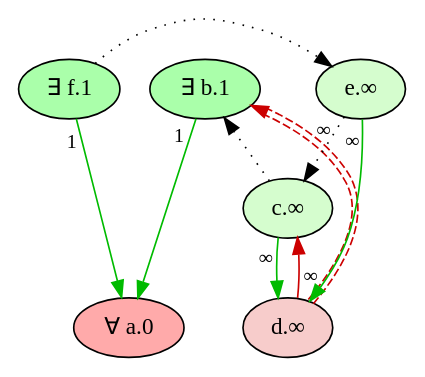
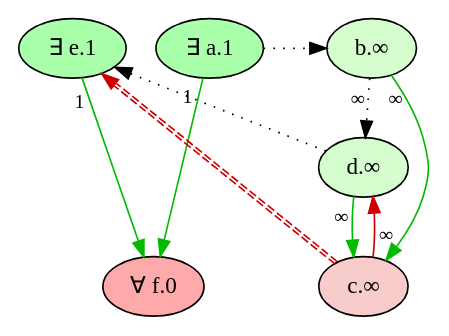
The diagram in Refactor/imgs/wm_graph_sb/unfactored_game_pw_2.dot (idaks/Games-and-Argumentation), drawn with Graphviz before and after one commit. The commit also changed 85 other files, not shown here.

```diff
--- a/Refactor/imgs/wm_graph_sb/unfactored_game_pw_2.dot
+++ b/Refactor/imgs/wm_graph_sb/unfactored_game_pw_2.dot
@@ -1,21 +1,21 @@
 digraph {
     // Node defaults can be set here if needed
-    "a" [style="filled" fillcolor="#FFAAAA" label="∀ a.0" fontsize=14]
-    "f" [style="filled" fillcolor="#AAFFAA" label="∃ f.1" fontsize=14]
-    "b" [style="filled" fillcolor="#AAFFAA" label="∃ b.1" fontsize=14]
-    "c" [style="filled" fillcolor="#d5fdce" label="c.∞" fontsize=14]
-    "d" [style="filled" fillcolor="#f7cccb" label="d.∞" fontsize=14]
-    "e" [style="filled" fillcolor="#d5fdce" label="e.∞" fontsize=14]
+    "f" [style="filled" fillcolor="#FFAAAA" label="∀ f.0" fontsize=14]
+    "e" [style="filled" fillcolor="#AAFFAA" label="∃ e.1" fontsize=14]
+    "a" [style="filled" fillcolor="#AAFFAA" label="∃ a.1" fontsize=14]
+    "b" [style="filled" fillcolor="#d5fdce" label="b.∞" fontsize=14]
+    "d" [style="filled" fillcolor="#d5fdce" label="d.∞" fontsize=14]
+    "c" [style="filled" fillcolor="#f7cccb" label="c.∞" fontsize=14]
     edge[labeldistance=1.5 fontsize=12]
-    "b" -> "a" [color="#00BB00" style="solid" dir="forward" taillabel="1" ]
-    "c" -> "b" [color="black" style="dotted" dir="forward" taillabel="" constraint=false]
-    "c" -> "d" [color="#00BB00" style="solid" dir="forward" taillabel="∞" ]
-    "d" -> "b" [color="#CC0000:invis:#CC0000" style="dashed" dir="forward" taillabel="" constraint=false]
-    "d" -> "c" [color="#CC0000" style="solid" dir="forward" taillabel="∞" ]
-    "e" -> "c" [color="black" style="dotted" dir="forward" taillabel="∞" ]
-    "e" -> "d" [color="#00BB00" style="solid" dir="forward" taillabel="∞" ]
-    "f" -> "e" [color="black" style="dotted" dir="forward" taillabel="" constraint=false]
-    "f" -> "a" [color="#00BB00" style="solid" dir="forward" taillabel="1" ]
-    {rank = max a}
-    {rank = min f b}
+    "a" -> "b" [color="black" style="dotted" dir="forward" taillabel="" constraint=false]
+    "b" -> "c" [color="#00BB00" style="solid" dir="forward" taillabel="∞" ]
+    "d" -> "c" [color="#00BB00" style="solid" dir="forward" taillabel="∞" ]
+    "b" -> "d" [color="black" style="dotted" dir="forward" taillabel="∞" ]
+    "c" -> "d" [color="#CC0000" style="solid" dir="forward" taillabel="∞" ]
+    "c" -> "e" [color="#CC0000:#CC0000" style="dashed" dir="forward" taillabel="" constraint=false]
+    "d" -> "e" [color="black" style="dotted" dir="forward" taillabel="" constraint=false]
+    "e" -> "f" [color="#00BB00" style="solid" dir="forward" taillabel="1" ]
+    "a" -> "f" [color="#00BB00" style="solid" dir="forward" taillabel="1" ]
+    {rank = max f}
+    {rank = min e a}
 }
```
